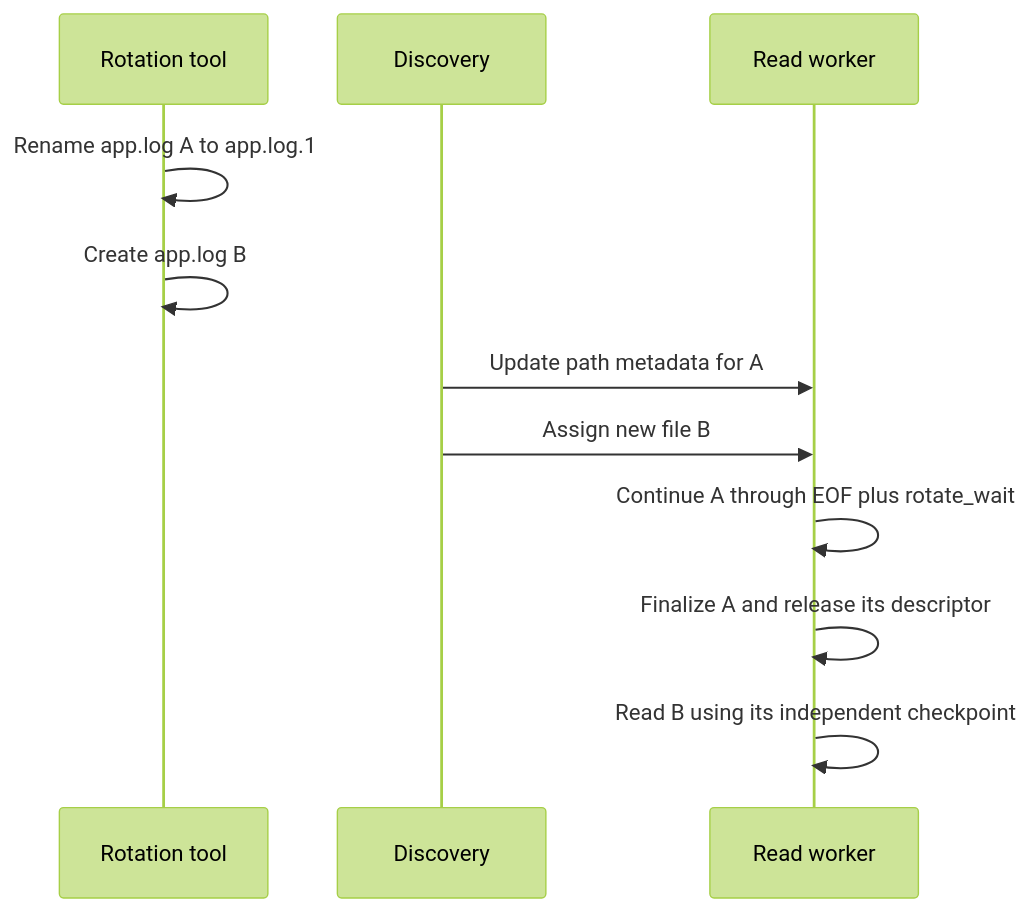
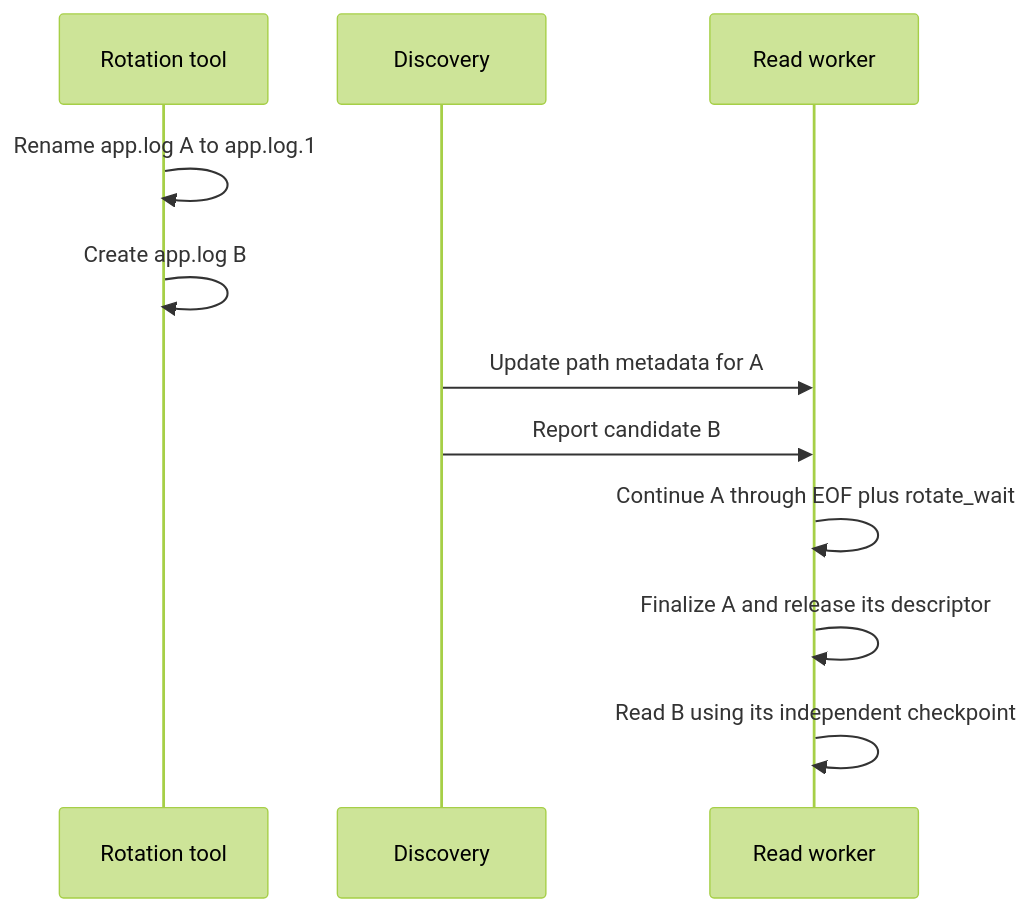
The fifth of 7 diagrams in rust/otap-dataflow/docs/filelog-receiver.md (open-telemetry/otel-arrow), drawn with Mermaid (forest theme) before and after one commit. The commit also changed other lines of this file, not shown here.

````diff
--- a/rust/otap-dataflow/docs/filelog-receiver.md
+++ b/rust/otap-dataflow/docs/filelog-receiver.md
@@ -920,14 +1323,14 @@
 ```mermaid
 sequenceDiagram
   participant R as Rotation tool
   participant D as Discovery
   participant W as Read worker
 
   R->>R: Rename app.log A to app.log.1
   R->>R: Create app.log B
   D->>W: Update path metadata for A
-  D->>W: Assign new file B
+  D->>W: Report candidate B
   W->>W: Continue A through EOF plus rotate_wait
   W->>W: Finalize A and release its descriptor
   W->>W: Read B using its independent checkpoint
 ```
````
